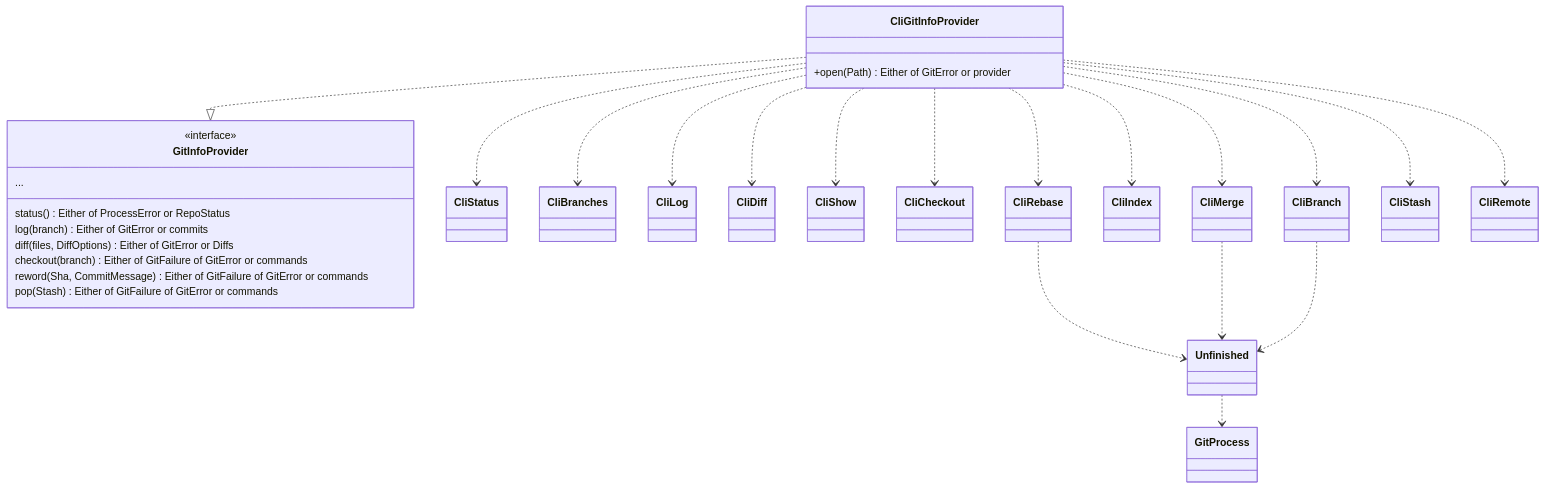
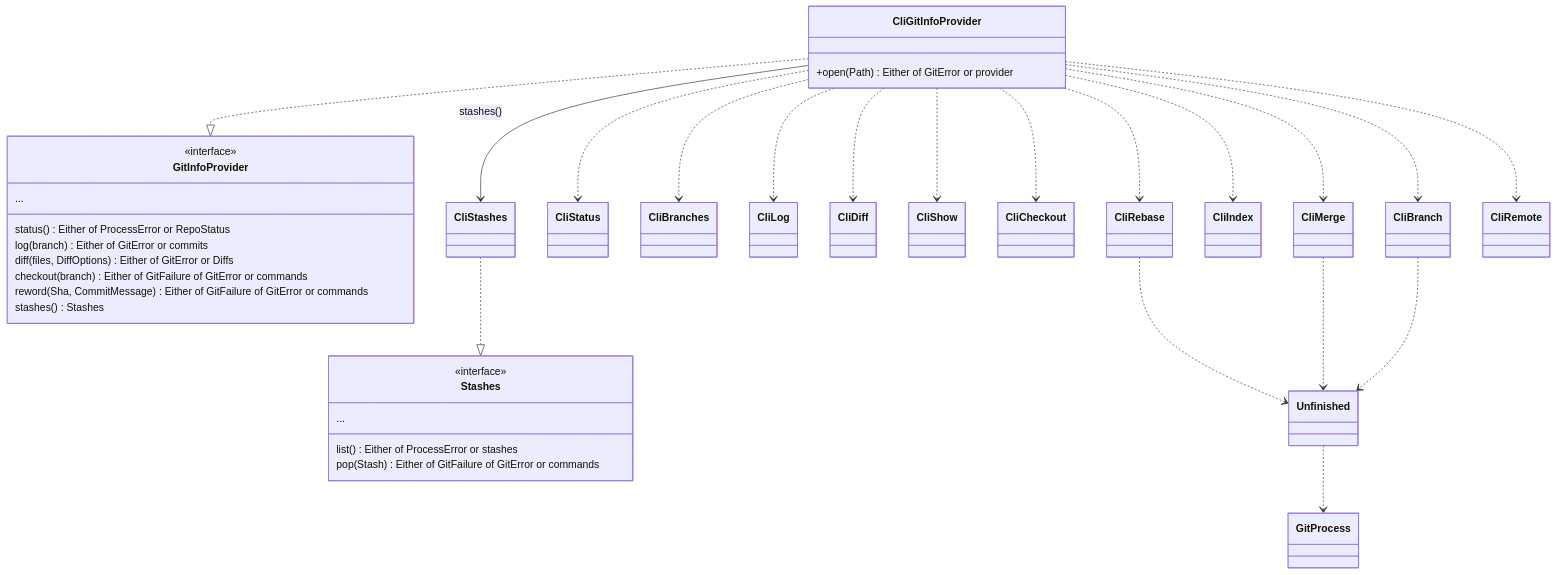
One commit to cvanfleteren/jazygit changed the fourth of 7 diagrams in ARCHITECTURE.md. Above: the diagram before and after it, drawn with Mermaid. The commit also changed other lines of this file and 13 other files, not shown here.

````diff
--- a/ARCHITECTURE.md
+++ b/ARCHITECTURE.md
@@ -832,33 +832,40 @@
 ```mermaid
 classDiagram
     class GitInfoProvider {
         <<interface>>
         status() Either of ProcessError or RepoStatus
         log(branch) Either of GitError or commits
         diff(files, DiffOptions) Either of GitError or Diffs
         checkout(branch) Either of GitFailure of GitError or commands
         reword(Sha, CommitMessage) Either of GitFailure of GitError or commands
-        pop(Stash) Either of GitFailure of GitError or commands
+        stashes() Stashes
         ...
     }
     class CliGitInfoProvider {
         +open(Path) Either of GitError or provider
     }
+    class Stashes {
+        <<interface>>
+        list() Either of ProcessError or stashes
+        pop(Stash) Either of GitFailure of GitError or commands
+        ...
+    }
     CliGitInfoProvider ..|> GitInfoProvider
+    CliStashes ..|> Stashes
     CliGitInfoProvider ..> CliStatus
     CliGitInfoProvider ..> CliBranches
     CliGitInfoProvider ..> CliLog
     CliGitInfoProvider ..> CliDiff
     CliGitInfoProvider ..> CliShow
     CliGitInfoProvider ..> CliCheckout
     CliGitInfoProvider ..> CliBranch
     CliGitInfoProvider ..> CliIndex
     CliGitInfoProvider ..> CliMerge
     CliGitInfoProvider ..> CliRebase
-    CliGitInfoProvider ..> CliStash
+    CliGitInfoProvider --> CliStashes : stashes()
     CliGitInfoProvider ..> CliRemote
     CliRebase ..> Unfinished
     CliMerge ..> Unfinished
     CliBranch ..> Unfinished
     Unfinished ..> GitProcess
 ```
````
